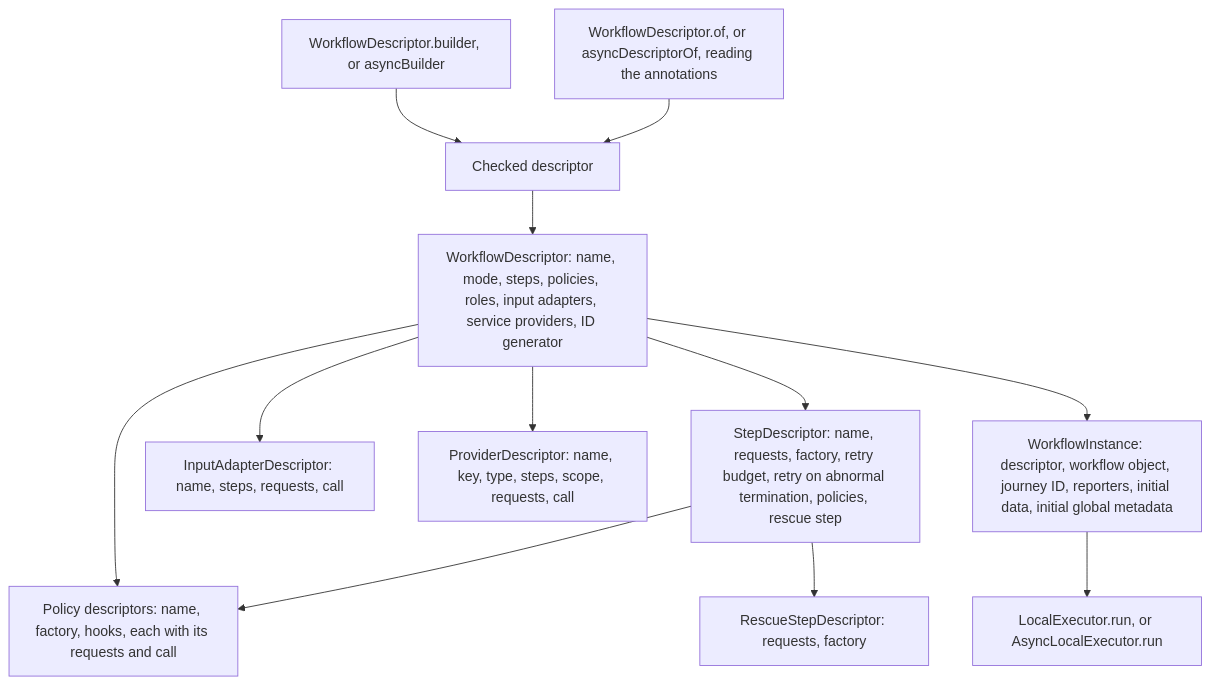
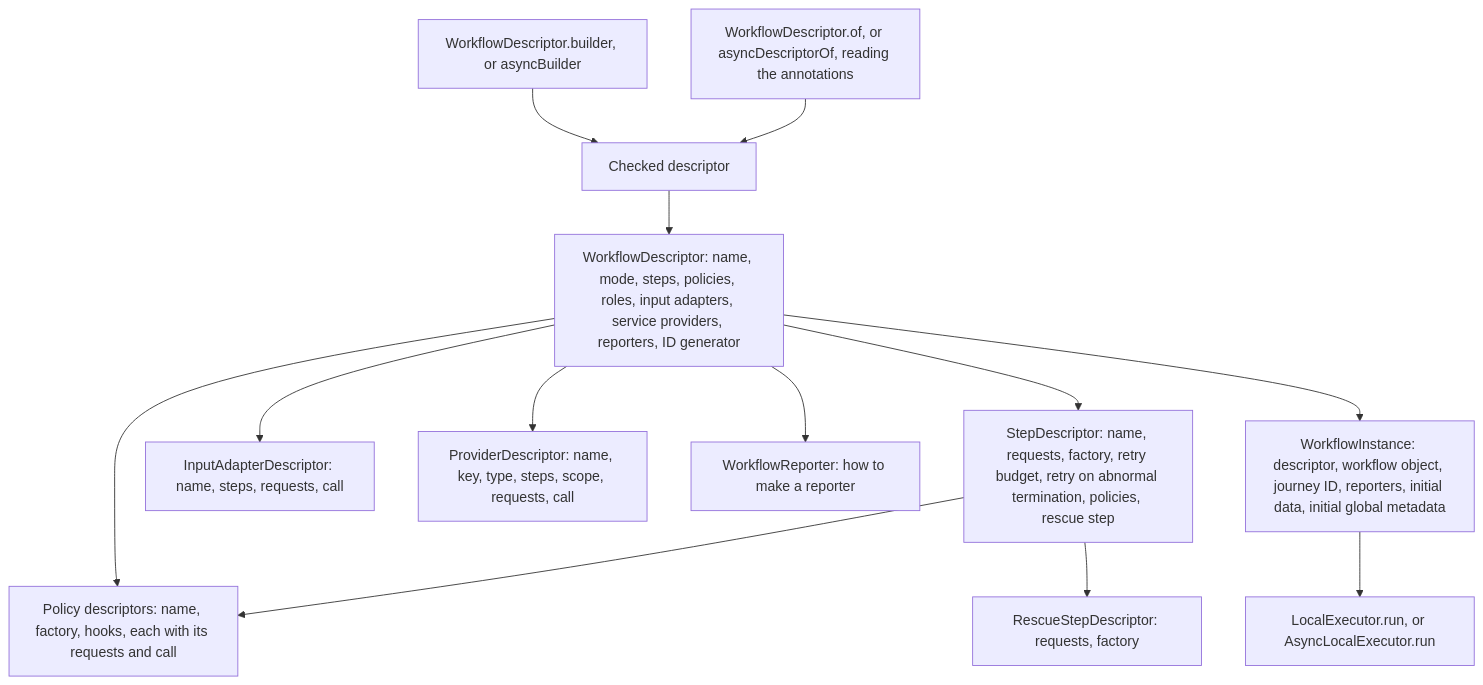
Before and after one commit to itinera-dev/itinera-j: the second of 4 diagrams in docs/architecture.md, drawn with Mermaid. The commit also changed other lines of this file and 38 other files, not shown here.

````diff
--- a/docs/architecture.md
+++ b/docs/architecture.md
@@ -46,16 +46,17 @@
 ```mermaid
 flowchart TD
     accTitle: What a workflow descriptor and an instance hold
-    accDescr: A workflow descriptor holds its name, its mode, its step descriptors in order, its workflow policies in order, the roles it provides, its input adapters, its service providers and its journey ID generator. A step descriptor holds the step's name, its requests in order, its factory, its retry budget, whether it retries an abnormal termination, its step policies in order and its rescue step, if it has one. A rescue step descriptor holds the rescue step's requests in order and its factory. Its factory reads each request's answer from the Got it is given. A policy descriptor holds the policy's name, its factory and each hook it defines, with the hook's requests in order and its call. An input adapter descriptor holds the adapter's name, the steps it is attached to, its requests in order and its call. A service provider descriptor holds the provider's name, the key and type of the service it supplies, the steps it is attached to, its scope, its requests in order and its call. The builder of each mode, and the annotation reader of each mode through the same checks, make a checked descriptor. An instance holds the descriptor beside the workflow object, its journey ID, its reporters, its initial data and its initial global metadata. The executor of the instance's mode, LocalExecutor or AsyncLocalExecutor, runs it.
+    accDescr: A workflow descriptor holds its name, its mode, its step descriptors in order, its workflow policies in order, the roles it provides, its input adapters, its service providers, the reporters it lists and its journey ID generator. A step descriptor holds the step's name, its requests in order, its factory, its retry budget, whether it retries an abnormal termination, its step policies in order and its rescue step, if it has one. A rescue step descriptor holds the rescue step's requests in order and its factory. Its factory reads each request's answer from the Got it is given. A policy descriptor holds the policy's name, its factory and each hook it defines, with the hook's requests in order and its call. An input adapter descriptor holds the adapter's name, the steps it is attached to, its requests in order and its call. A service provider descriptor holds the provider's name, the key and type of the service it supplies, the steps it is attached to, its scope, its requests in order and its call. A listed reporter holds how to make a reporter for each instance. The builder of each mode, and the annotation reader of each mode through the same checks, make a checked descriptor. An instance holds the descriptor beside the workflow object, its journey ID, its reporters, the listed ones made first, its initial data and its initial global metadata. The executor of the instance's mode, LocalExecutor or AsyncLocalExecutor, runs it.
     builder["WorkflowDescriptor.builder, or asyncBuilder"] --> checked["Checked descriptor"]
     annotated["WorkflowDescriptor.of, or asyncDescriptorOf, reading the annotations"] --> checked
-    checked --> descriptor["WorkflowDescriptor: name, mode, steps, policies, roles, input adapters, service providers, ID generator"]
+    checked --> descriptor["WorkflowDescriptor: name, mode, steps, policies, roles, input adapters, service providers, reporters, ID generator"]
     descriptor --> step["StepDescriptor: name, requests, factory, retry budget, retry on abnormal termination, policies, rescue step"]
     descriptor --> policy["Policy descriptors: name, factory, hooks, each with its requests and call"]
     step --> policy
     step --> rescue["RescueStepDescriptor: requests, factory"]
     descriptor --> adapter["InputAdapterDescriptor: name, steps, requests, call"]
     descriptor --> provider["ProviderDescriptor: name, key, type, steps, scope, requests, call"]
+    descriptor --> listed["WorkflowReporter: how to make a reporter"]
     descriptor --> instance["WorkflowInstance: descriptor, workflow object, journey ID, reporters, initial data, initial global metadata"]
     instance --> executor["LocalExecutor.run, or AsyncLocalExecutor.run"]
 ```
````
